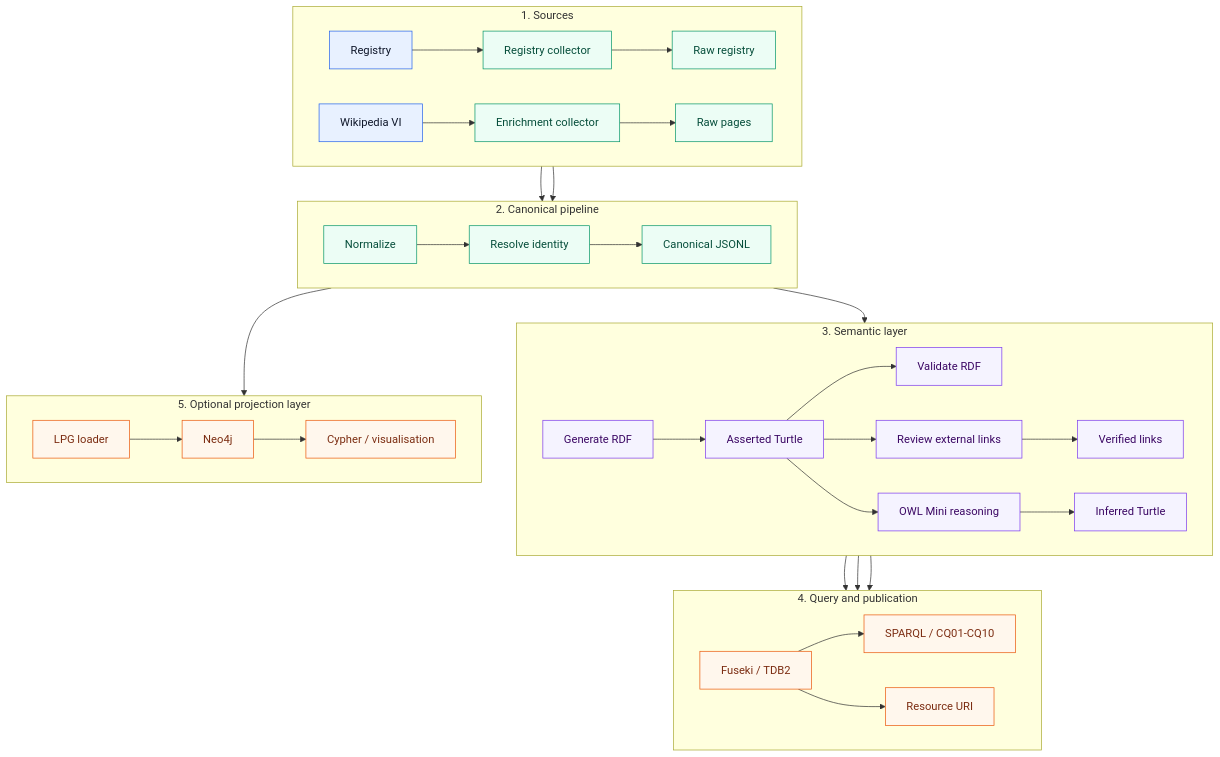
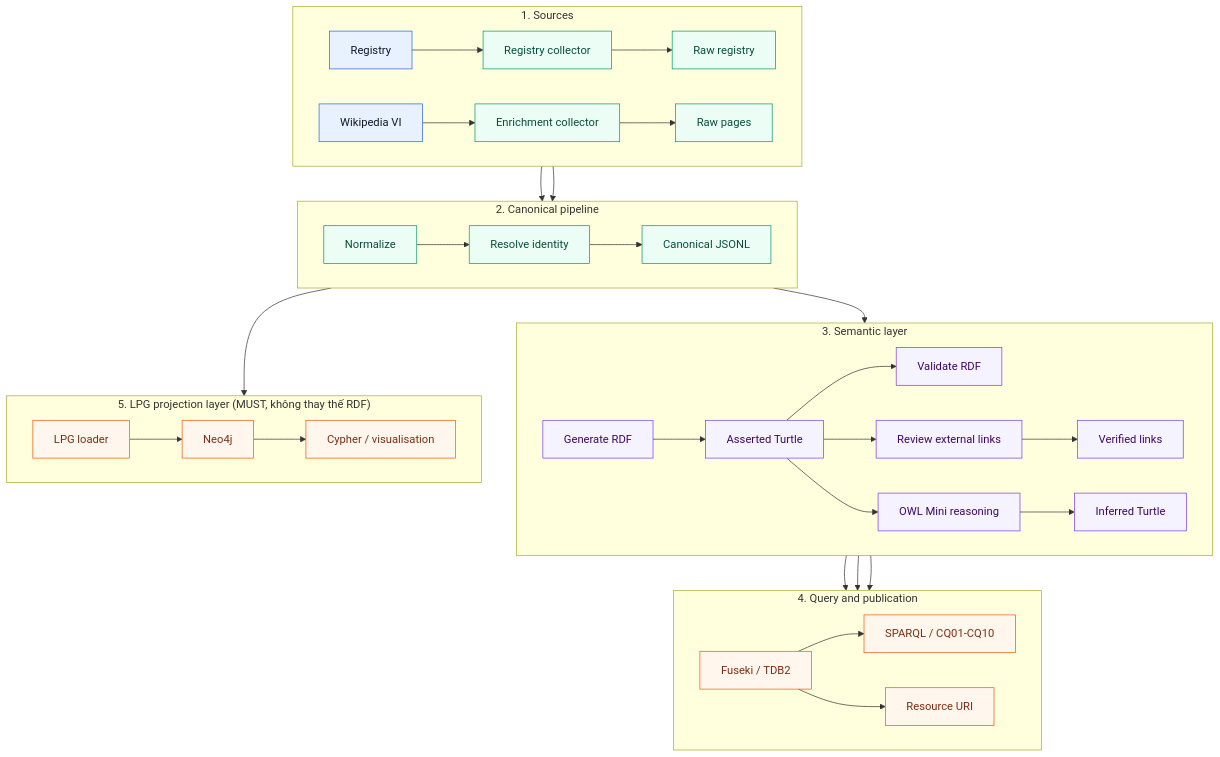
The second of 12 diagrams in PROJECT_SPEC.md (sutobode/Semanticweb), drawn with Mermaid before and after one commit. The commit also changed other lines of this file, not shown here.

````diff
--- a/PROJECT_SPEC.md
+++ b/PROJECT_SPEC.md
@@ -384,43 +390,43 @@
 ```mermaid
 flowchart TD
     classDef source fill:#E8F1FF,stroke:#2563EB,color:#0F172A
     classDef stage fill:#ECFDF5,stroke:#059669,color:#064E3B
     classDef semantic fill:#F5F3FF,stroke:#7C3AED,color:#3B0764
     classDef service fill:#FFF7ED,stroke:#EA580C,color:#7C2D12
 
     subgraph INPUTS["1. Sources"]
         direction LR
         REG["Registry"] --> COL["Registry collector"] --> RAW["Raw registry"]
         WIKI["Wikipedia VI"] --> ENR["Enrichment collector"] --> PAGES["Raw pages"]
     end
     subgraph PIPELINE["2. Canonical pipeline"]
         direction LR
         RAW --> NORM["Normalize"]
         PAGES --> NORM
         NORM --> RESOLVE["Resolve identity"] --> CAN["Canonical JSONL"]
     end
     subgraph SEMANTICS["3. Semantic layer"]
         direction LR
         CAN --> RDFGEN["Generate RDF"] --> TTL["Asserted Turtle"]
         TTL --> VALIDATE["Validate RDF"]
         TTL --> LINK["Review external links"] --> EXT["Verified links"]
         TTL --> REASON["OWL Mini reasoning"] --> INF["Inferred Turtle"]
     end
     subgraph SERVICES["4. Query and publication"]
         direction LR
         TTL --> FUSEKI["Fuseki / TDB2"]
         EXT --> FUSEKI
         INF --> FUSEKI
         FUSEKI --> SPARQL["SPARQL / CQ01-CQ10"]
         FUSEKI --> LD["Resource URI"]
     end
-    subgraph LPG["5. Optional projection layer"]
+    subgraph LPG["5. LPG projection layer (MUST, không thay thế RDF)"]
         direction LR
         CAN --> LOAD["LPG loader"] --> NEO4J["Neo4j"] --> CYPHER["Cypher / visualisation"]
     end
 
     class REG,WIKI source
     class COL,ENR,RAW,PAGES,NORM,RESOLVE,CAN stage
     class RDFGEN,TTL,VALIDATE,LINK,EXT,REASON,INF semantic
     class FUSEKI,SPARQL,LD,LOAD,NEO4J,CYPHER service
 ```
````
